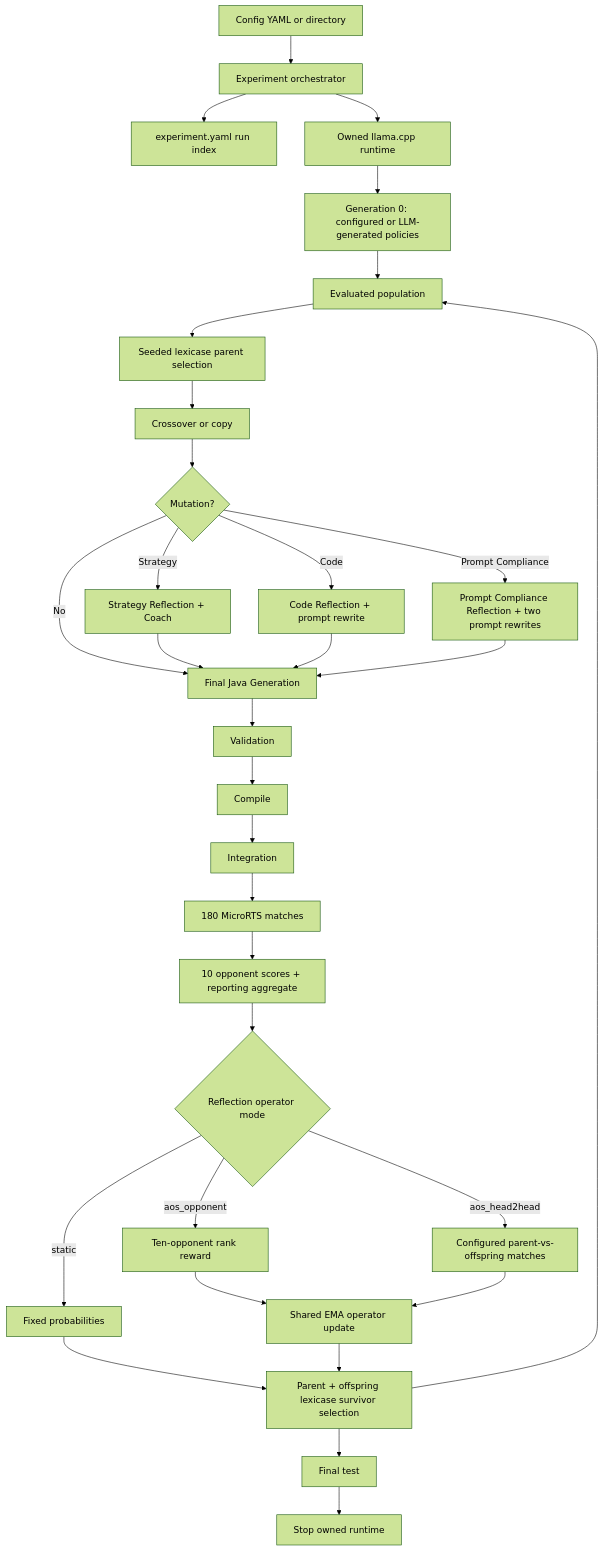
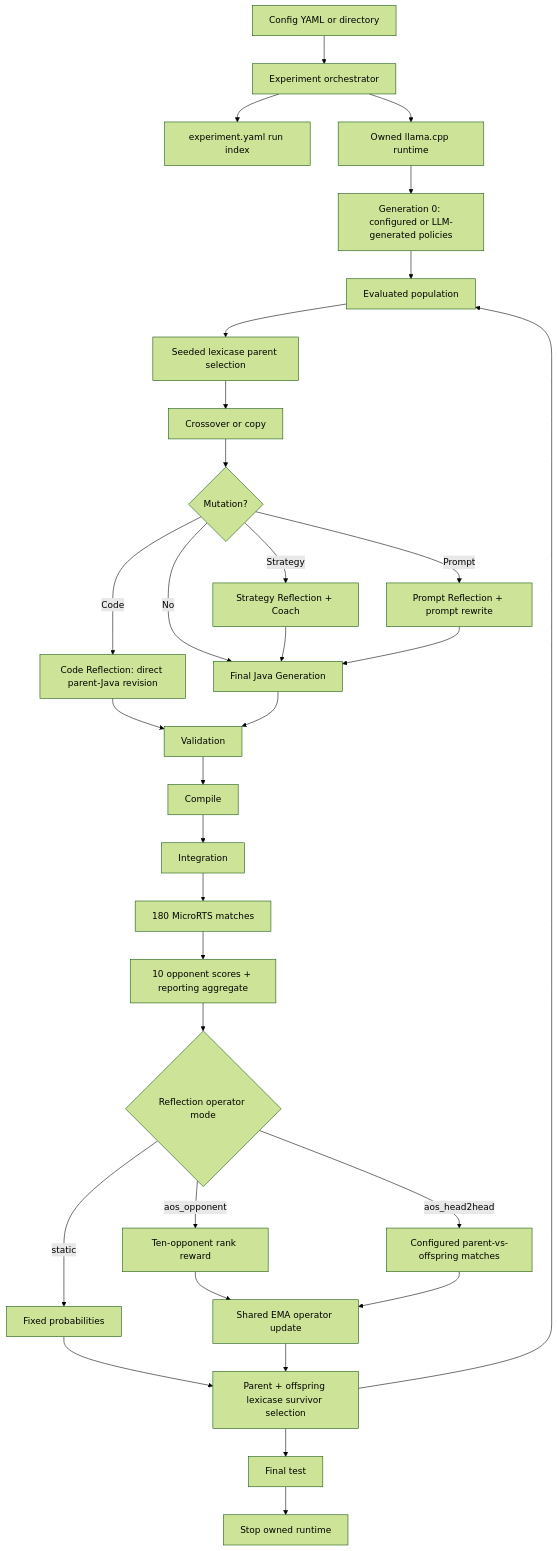
The diagram in docs/architecture/overview.md (sophie8909/EAGLE), drawn with Mermaid (forest theme) before and after one commit. The commit also changed other lines of this file and 100 other files, not shown here.

Commit message:
refactor(mutation): redefine prompt and code reflection

````diff
--- a/docs/architecture/overview.md
+++ b/docs/architecture/overview.md
@@ -25,31 +25,31 @@
 ```mermaid
 flowchart TD
     CFG["Config YAML or directory"] --> L["Experiment orchestrator"]
     L --> RI["experiment.yaml run index"]
     L --> RT["Owned llama.cpp runtime"]
     RT --> Z["Generation 0: configured or LLM-generated policies"]
     Z --> P
     P["Evaluated population"] --> S["Seeded lexicase parent selection"]
     S --> X["Crossover or copy"]
     X --> M{"Mutation?"}
     M -->|Strategy| SR["Strategy Reflection + Coach"]
-    M -->|Code| CR["Code Reflection + prompt rewrite"]
-    M -->|Prompt Compliance| BR["Prompt Compliance Reflection + two prompt rewrites"]
+    M -->|Prompt| PR["Prompt Reflection + prompt rewrite"]
+    M -->|Code| CR["Code Reflection: direct parent-Java revision"]
     M -->|No| G["Final Java Generation"]
     SR --> G
-    CR --> G
-    BR --> G
+    PR --> G
+    CR --> V
     G --> V["Validation"] --> C["Compile"] --> I["Integration"]
     I --> E["180 MicroRTS matches"]
     E --> O["10 opponent scores + reporting aggregate"]
     O --> R{"Reflection operator mode"}
     R -->|static| F["Fixed probabilities"]
     R -->|aos_opponent| Q["Ten-opponent rank reward"]
     R -->|aos_head2head| H["Configured parent-vs-offspring matches"]
     Q --> A["Shared EMA operator update"]
     H --> A
     F --> N["Parent + offspring lexicase survivor selection"]
     A --> N --> P
     N --> FT["Final test"]
     FT --> CL["Stop owned runtime"]
 ```
````
